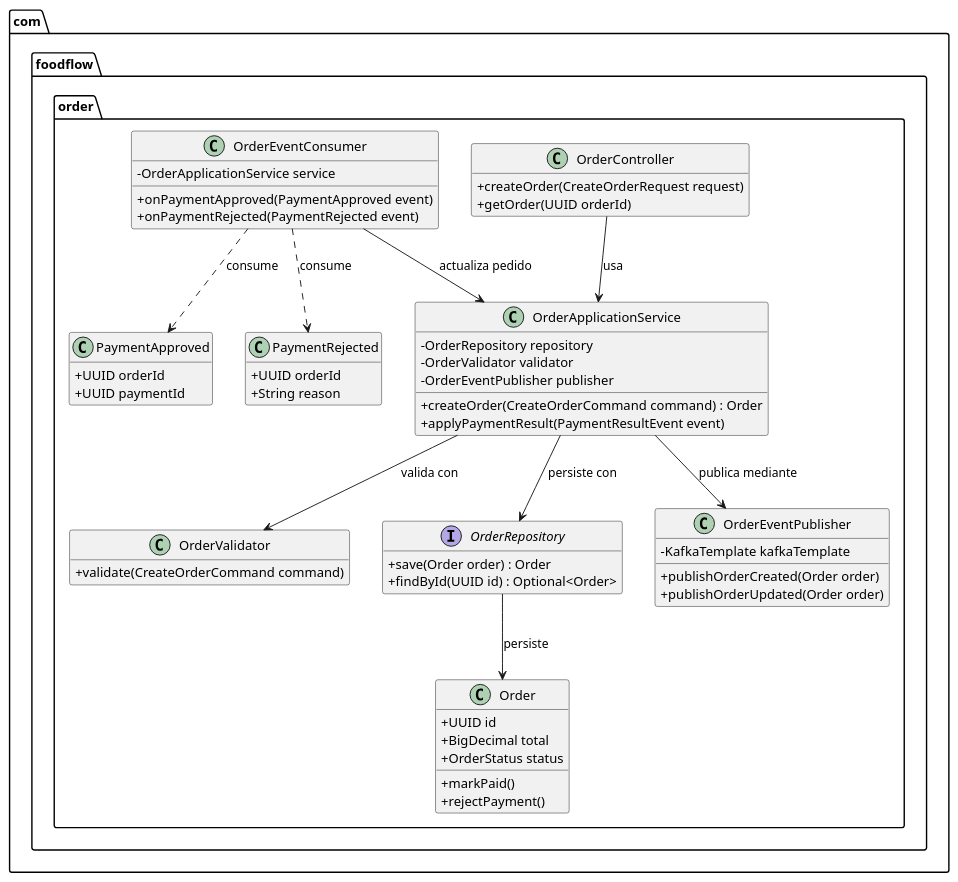
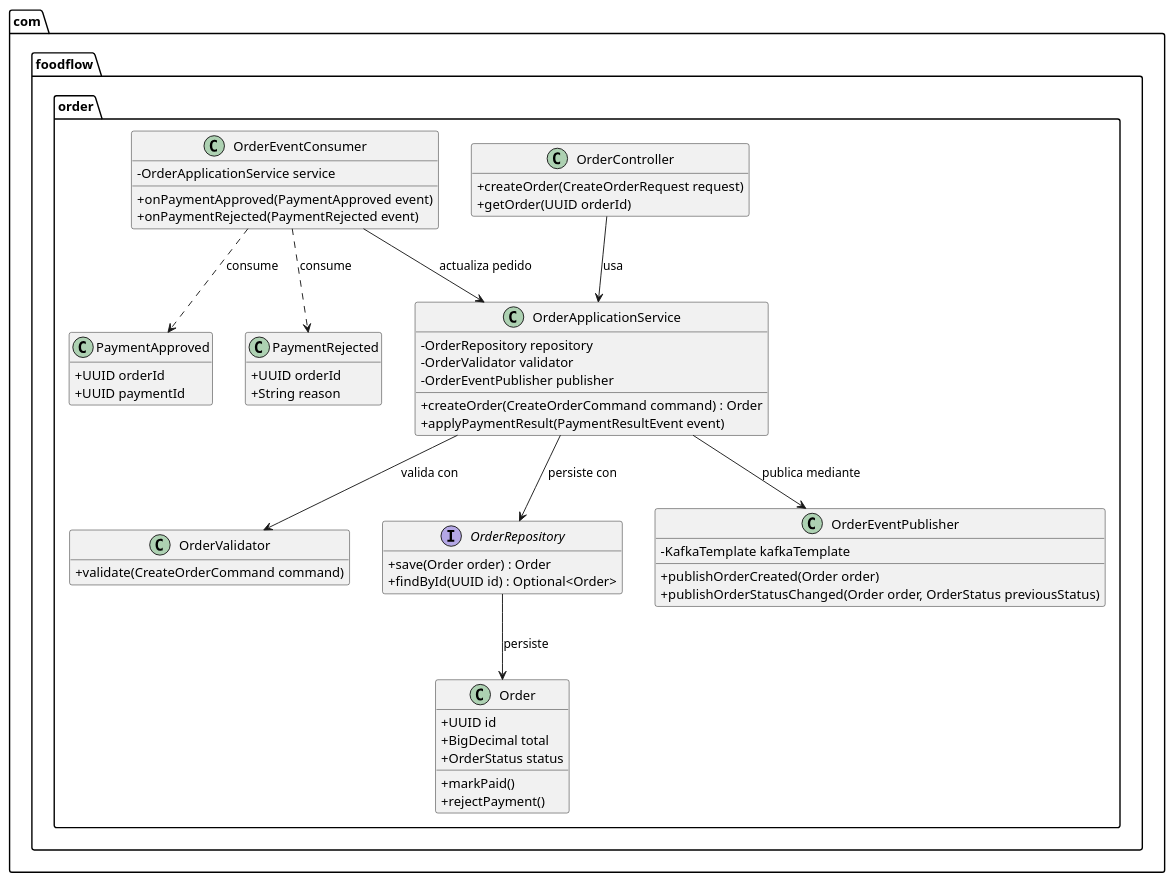
One commit to SarAlbN1/AS-foodflow-EDA changed the diagram in docs/wiki/02-arquitectura/diagramas/fuentes/order-service-code-v3.puml. Above: the diagram before and after it, drawn with PlantUML. The commit also changed 4 other files, not shown here.

Commit message:
docs(diagramas): alinea las fuentes con el abanico del resultado del pago [HU-704]

```diff
--- a/docs/wiki/02-arquitectura/diagramas/fuentes/order-service-code-v3.puml
+++ b/docs/wiki/02-arquitectura/diagramas/fuentes/order-service-code-v3.puml
@@ -1,68 +1,68 @@
 @startuml
 skinparam classAttributeIconSize 0
 hide empty members
 
 package "com.foodflow.order" {
 
     class OrderController {
         + createOrder(CreateOrderRequest request)
         + getOrder(UUID orderId)
     }
 
     class OrderApplicationService {
         - OrderRepository repository
         - OrderValidator validator
         - OrderEventPublisher publisher
         + createOrder(CreateOrderCommand command) : Order
         + applyPaymentResult(PaymentResultEvent event)
     }
 
     class OrderValidator {
         + validate(CreateOrderCommand command)
     }
 
     interface OrderRepository {
         + save(Order order) : Order
         + findById(UUID id) : Optional<Order>
     }
 
     class OrderEventPublisher {
         - KafkaTemplate kafkaTemplate
         + publishOrderCreated(Order order)
-        + publishOrderUpdated(Order order)
+        + publishOrderStatusChanged(Order order, OrderStatus previousStatus)
     }
 
     class OrderEventConsumer {
         - OrderApplicationService service
         + onPaymentApproved(PaymentApproved event)
         + onPaymentRejected(PaymentRejected event)
     }
 
     class Order {
         + UUID id
         + BigDecimal total
         + OrderStatus status
         + markPaid()
         + rejectPayment()
     }
 
     class PaymentApproved {
         + UUID orderId
         + UUID paymentId
     }
 
     class PaymentRejected {
         + UUID orderId
         + String reason
     }
 
     OrderController --> OrderApplicationService : usa
     OrderApplicationService --> OrderValidator : valida con
     OrderApplicationService --> OrderRepository : persiste con
     OrderApplicationService --> OrderEventPublisher : publica mediante
     OrderRepository --> Order : persiste
     OrderEventConsumer --> OrderApplicationService : actualiza pedido
     OrderEventConsumer ..> PaymentApproved : consume
     OrderEventConsumer ..> PaymentRejected : consume
 }
 @enduml
```
